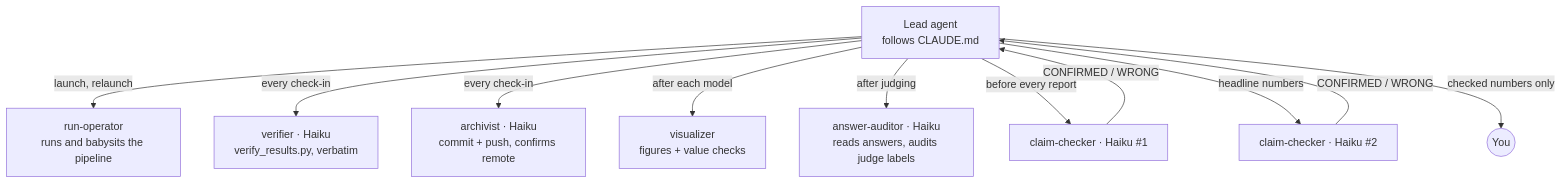
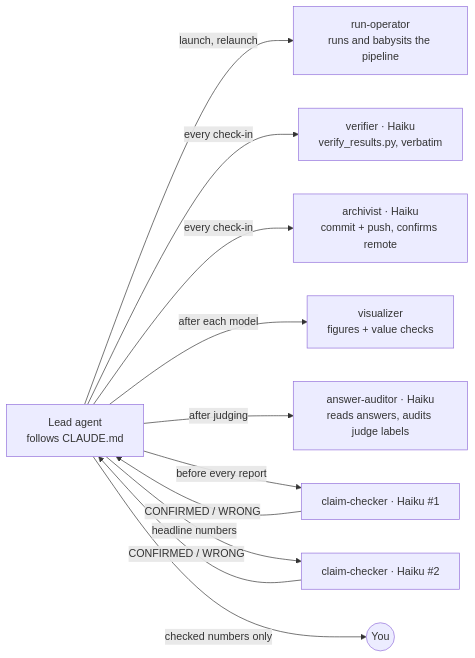
One commit to SummerPandey/Fun-Project-2.0 changed the second of 2 diagrams in README.md. Above: the diagram before and after it, drawn with Mermaid.

Commit message:
Readable agent diagram, grey unjudged heatmap cells, fix stale model names
Fixes from the Haiku cross-checks: unjudged heatmap cells were indistinguishable from 0%,
and pilot/README.md used Qwen 2.5 model names that are not in config.json.

````diff
--- a/README.md
+++ b/README.md
@@ -148,12 +148,12 @@
 ```mermaid
-flowchart TB
+flowchart LR
     L[Lead agent<br/>follows CLAUDE.md] -->|launch, relaunch| RO[run-operator<br/>runs and babysits the pipeline]
     L -->|every check-in| VE[verifier · Haiku<br/>verify_results.py, verbatim]
     L -->|every check-in| AR[archivist · Haiku<br/>commit + push, confirms remote]
     L -->|after each model| VI[visualizer<br/>figures + value checks]
     L -->|after judging| AA[answer-auditor · Haiku<br/>reads answers, audits judge labels]
     L -->|before every report| CC1[claim-checker · Haiku #1]
     L -->|headline numbers| CC2[claim-checker · Haiku #2]
     CC1 & CC2 -->|CONFIRMED / WRONG| L
     L -->|checked numbers only| U((You))
 ```
````
